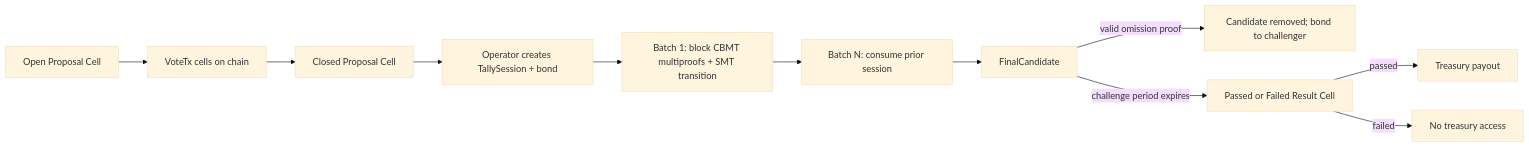
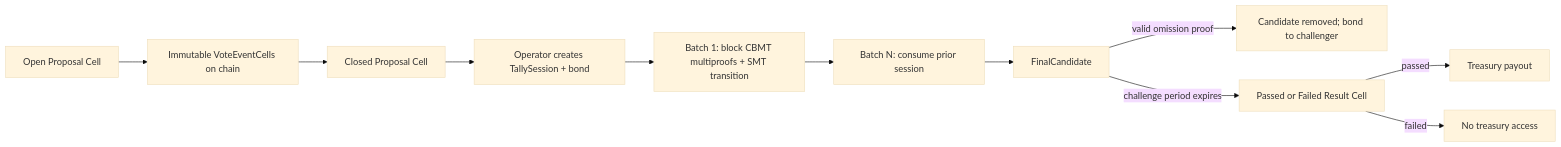
The first of 3 diagrams in docs/on-chain-voting-with-batch-settlement.md (chenyukang/ckb-treasury-lab), drawn with Mermaid (base theme) before and after one commit. The commit also changed other lines of this file and 10 other files, not shown here.

````diff
--- a/docs/on-chain-voting-with-batch-settlement.md
+++ b/docs/on-chain-voting-with-batch-settlement.md
@@ -12,13 +12,13 @@
 ```mermaid
 flowchart LR
-    P["Open Proposal Cell"] --> V["VoteTx cells on chain"]
+    P["Open Proposal Cell"] --> V["Immutable VoteEventCells on chain"]
     V --> C["Closed Proposal Cell"]
     C --> S["Operator creates TallySession + bond"]
     S --> B1["Batch 1: block CBMT multiproofs + SMT transition"]
     B1 --> BN["Batch N: consume prior session"]
     BN --> F["FinalCandidate"]
     F -->|"valid omission proof"| X["Candidate removed; bond to challenger"]
     F -->|"challenge period expires"| R["Passed or Failed Result Cell"]
     R -->|"passed"| T["Treasury payout"]
     R -->|"failed"| Z["No treasury access"]
 ```
````
